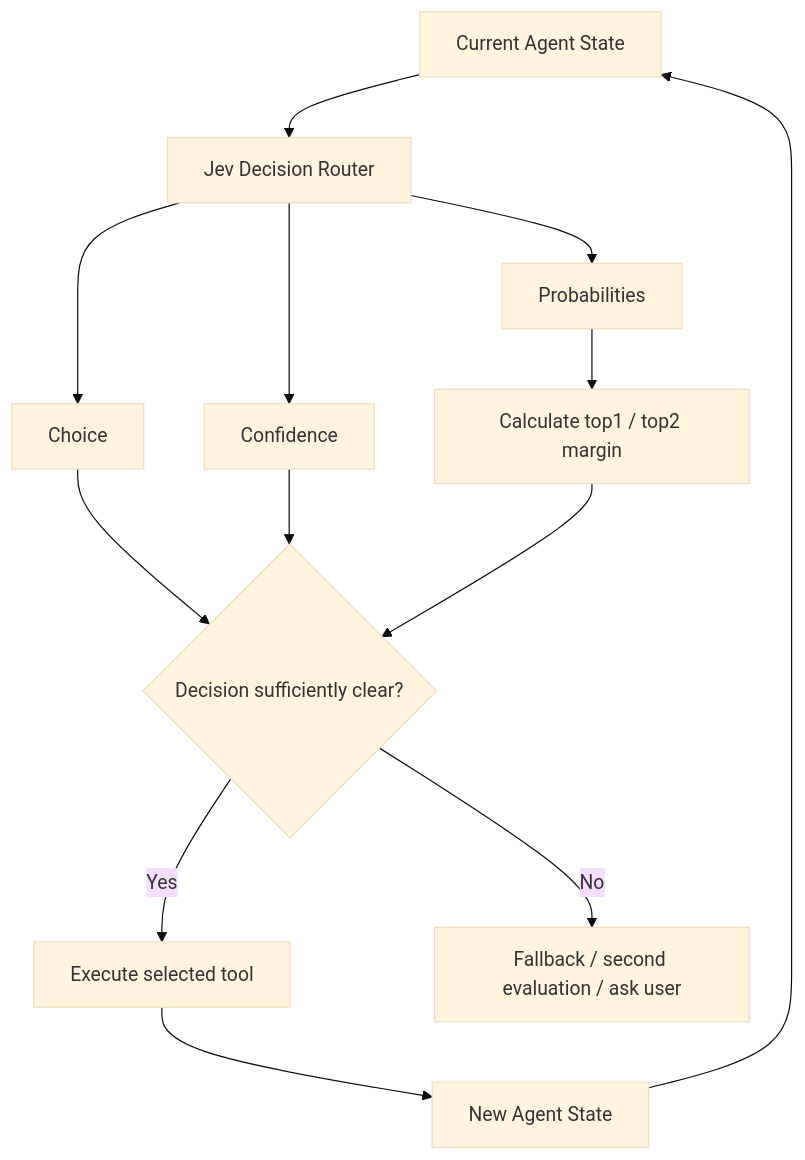
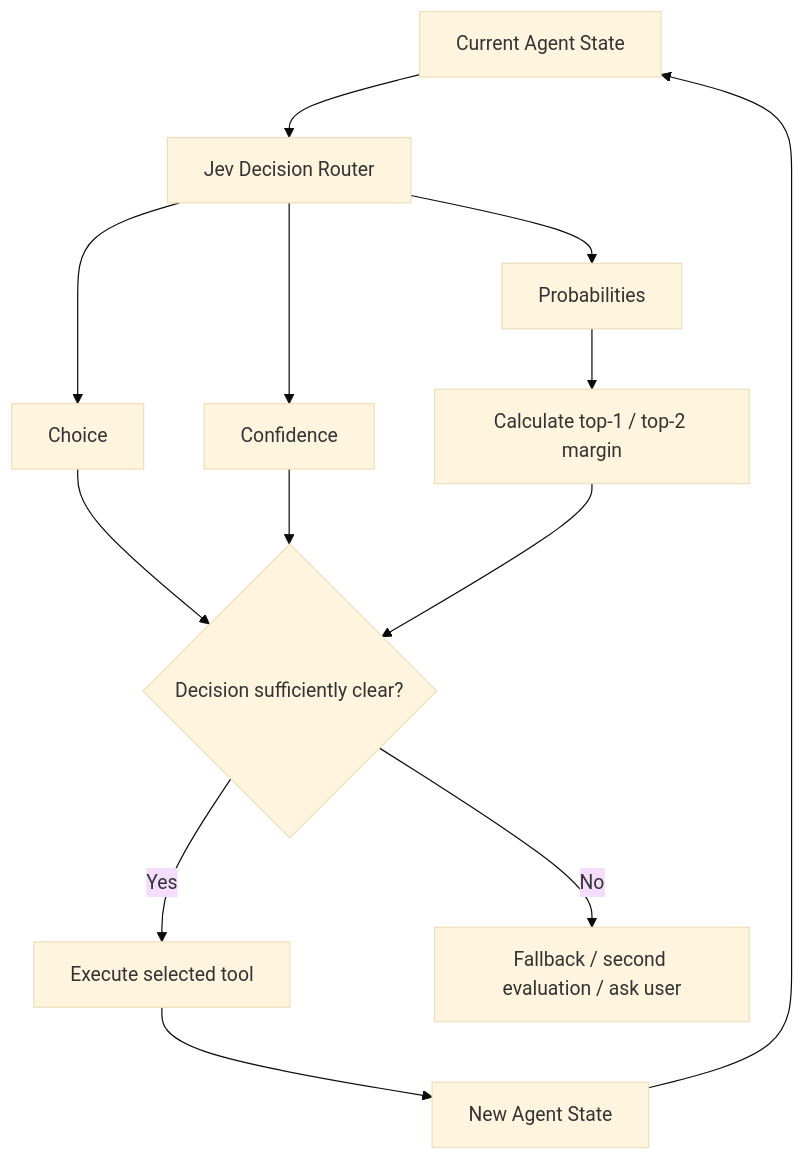
The diagram in README.md (BrayanperezBalladares/jev-agent-routing-lab), drawn with Mermaid (base theme) before and after one commit. The commit also changed other lines of this file and 4 other files, not shown here.

````diff
--- a/README.md
+++ b/README.md
@@ -75,21 +93,21 @@
 ```mermaid
 flowchart TD
 
     A[Current Agent State] --> B[Jev Decision Router]
 
     B --> C[Choice]
     B --> D[Probabilities]
     B --> E[Confidence]
 
-    D --> F[Calculate top1 / top2 margin]
+    D --> F[Calculate top-1 / top-2 margin]
 
     C --> G{Decision sufficiently clear?}
     E --> G
     F --> G
 
     G -->|Yes| H[Execute selected tool]
     G -->|No| I[Fallback / second evaluation / ask user]
 
     H --> J[New Agent State]
     J --> A
 ```
````
